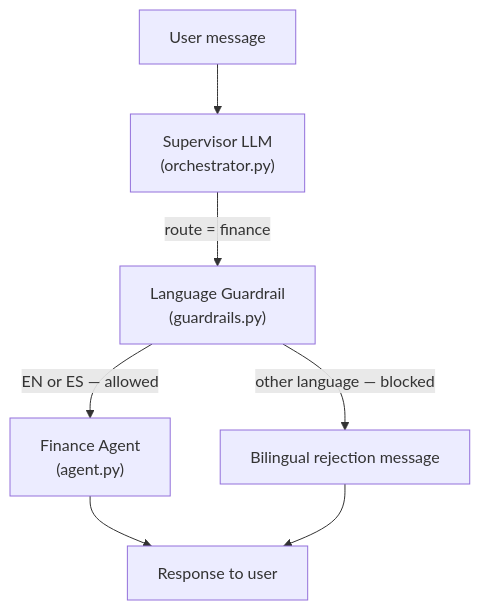
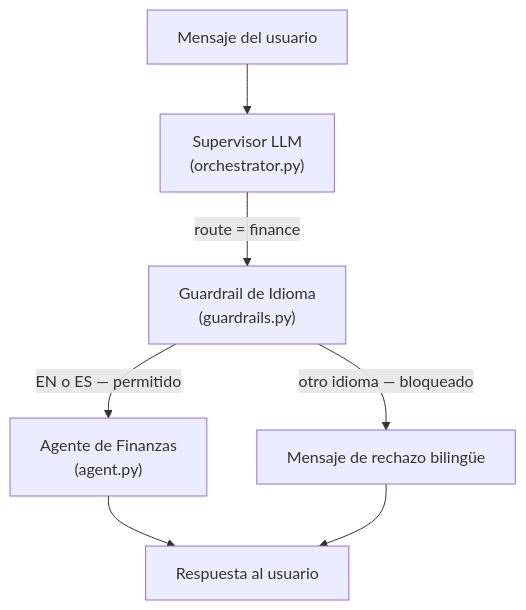
The diagram in documentation/Finance Language Guardrail.md (CharlyMoncada/travel-assitant), drawn with Mermaid before and after one commit. The commit also changed other lines of this file and 1 other file, not shown here.

Commit message:
docs(finance): translate service and guardrail documentation to Spanish

````diff
--- a/documentation/Finance Language Guardrail.md
+++ b/documentation/Finance Language Guardrail.md
@@ -13,9 +13,9 @@
 ```mermaid
 flowchart TD
-    userMsg["User message"] --> supervisor["Supervisor LLM\n(orchestrator.py)"]
-    supervisor -->|"route = finance"| guardrail["Language Guardrail\n(guardrails.py)"]
-    guardrail -->|"EN or ES — allowed"| financeAgent["Finance Agent\n(agent.py)"]
-    guardrail -->|"other language — blocked"| rejection["Bilingual rejection message"]
-    financeAgent --> response["Response to user"]
+    userMsg["Mensaje del usuario"] --> supervisor["Supervisor LLM\n(orchestrator.py)"]
+    supervisor -->|"route = finance"| guardrail["Guardrail de Idioma\n(guardrails.py)"]
+    guardrail -->|"EN o ES — permitido"| financeAgent["Agente de Finanzas\n(agent.py)"]
+    guardrail -->|"otro idioma — bloqueado"| rejection["Mensaje de rechazo bilingüe"]
+    financeAgent --> response["Respuesta al usuario"]
     rejection --> response
 ```
````
